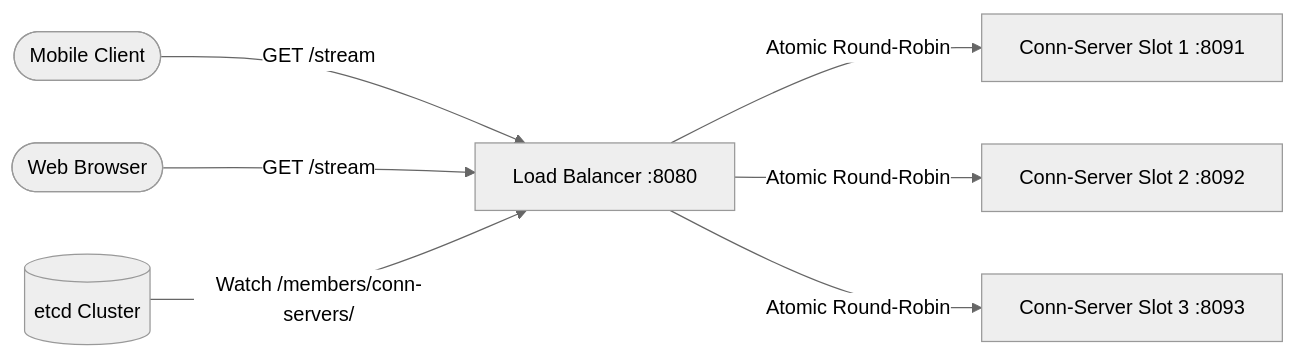
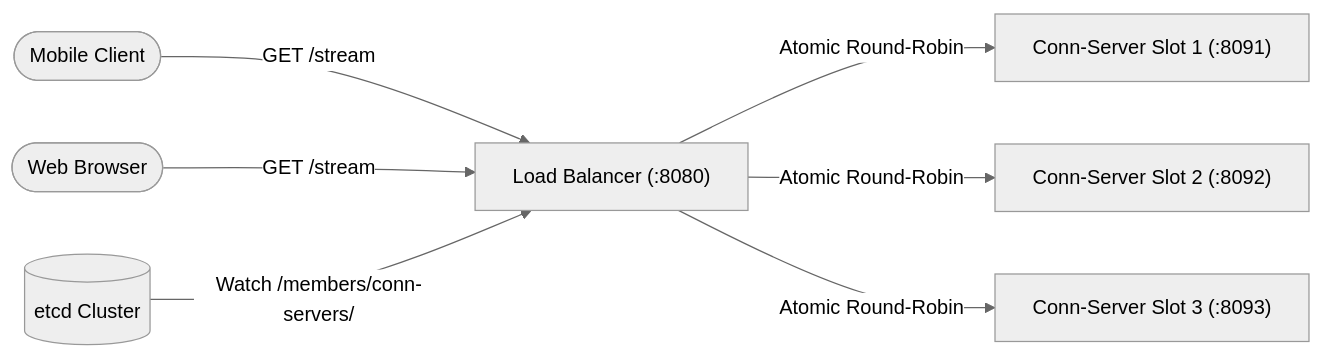
One commit to arunap2509/feature-flag-service changed the diagram in component/05-load-balancer.md. Above: the diagram before and after it, drawn with Mermaid (neutral theme). The commit also changed other lines of this file and 8 other files, not shown here.

Commit message:
docs: fix mermaid diagram syntax and clean up LaTeX math formatting for GitHub compatibility

````diff
--- a/component/05-load-balancer.md
+++ b/component/05-load-balancer.md
@@ -12,11 +12,11 @@
 ```mermaid
 flowchart LR
-    Client1([Mobile Client]) -->|GET /stream| LB[Load Balancer :8080]
-    Client2([Web Browser]) -->|GET /stream| LB
+    Client1(["Mobile Client"]) -->|"GET /stream"| LB["Load Balancer (:8080)"]
+    Client2(["Web Browser"]) -->|"GET /stream"| LB
     
-    etcd[(etcd Cluster)] -->|Watch /members/conn-servers/| LB
+    etcd[("etcd Cluster")] -->|"Watch /members/conn-servers/"| LB
     
-    LB -->|Atomic Round-Robin| CS1[Conn-Server Slot 1 :8091]
-    LB -->|Atomic Round-Robin| CS2[Conn-Server Slot 2 :8092]
-    LB -->|Atomic Round-Robin| CS3[Conn-Server Slot 3 :8093]
+    LB -->|Atomic Round-Robin| CS1["Conn-Server Slot 1 (:8091)"]
+    LB -->|Atomic Round-Robin| CS2["Conn-Server Slot 2 (:8092)"]
+    LB -->|Atomic Round-Robin| CS3["Conn-Server Slot 3 (:8093)"]
 ```
````
